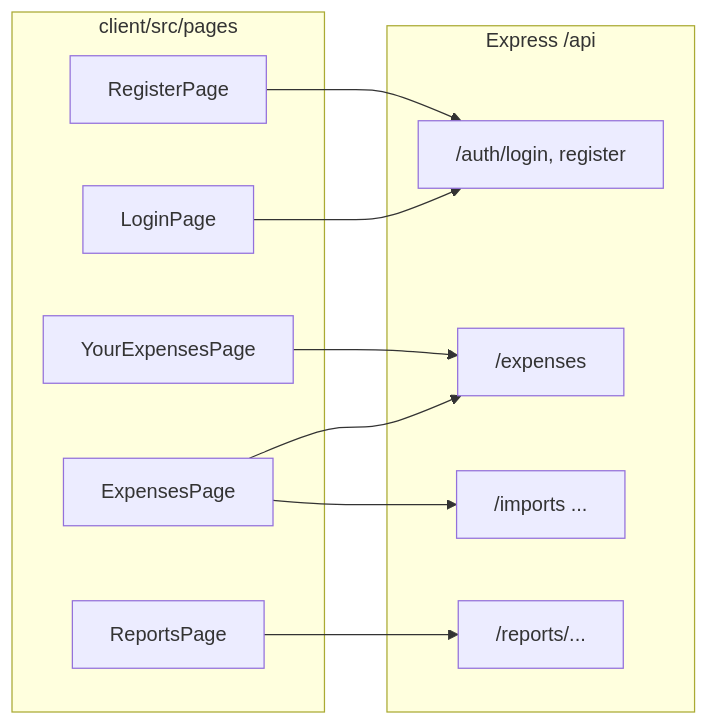
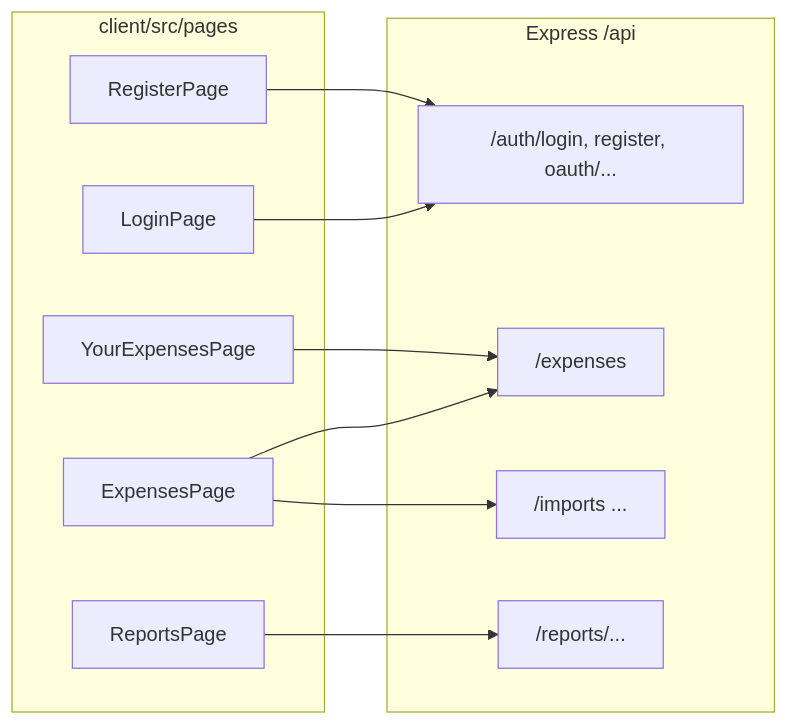
The fourth of 7 diagrams in docs/ARCHITECTURE_DIAGRAM.md (becomeonewiththecode/expense_tracker), drawn with Mermaid before and after one commit. The commit also changed other lines of this file and 19 other files, not shown here.

````diff
--- a/docs/ARCHITECTURE_DIAGRAM.md
+++ b/docs/ARCHITECTURE_DIAGRAM.md
@@ -154,23 +156,23 @@
 ```mermaid
 flowchart LR
   subgraph pages [client/src/pages]
     LP[LoginPage]
     RP[RegisterPage]
     EP[ExpensesPage]
     YEP[YourExpensesPage]
     RPg[ReportsPage]
   end
 
   subgraph api [Express /api]
-    A1["/auth/login, register"]
+    A1["/auth/login, register, oauth/..."]
     A2["/expenses"]
     A3["/imports ..."]
     A4["/reports/..."]
   end
 
   LP --> A1
   RP --> A1
   EP --> A2 & A3
   YEP --> A2
   RPg --> A4
 ```
````
